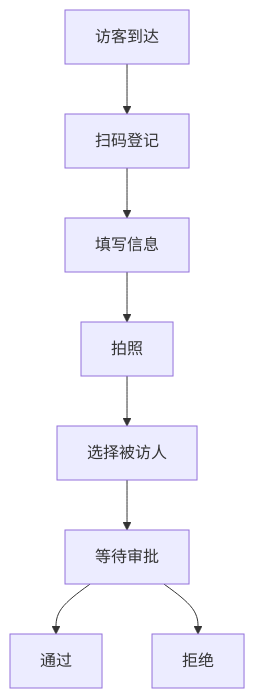
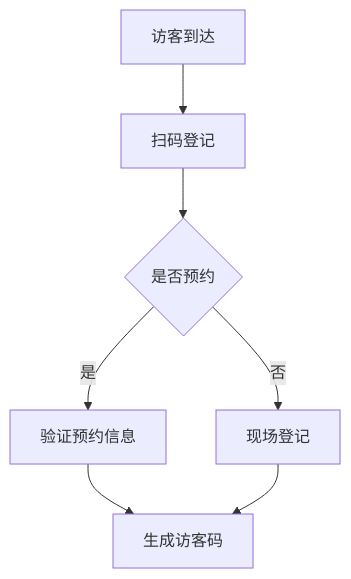
One commit to yuhaibao39/n8ndeploy changed the first of 2 diagrams in devel/requirement.md. Above: the diagram before and after it, drawn with Mermaid. The commit also changed other lines of this file, not shown here.

````diff
--- a/devel/requirement.md
+++ b/devel/requirement.md
@@ -23,10 +23,9 @@
 ```mermaid
 graph TD
     A[访客到达] --> B[扫码登记]
-    B --> C[填写信息]
-    C --> D[拍照]
-    D --> E[选择被访人]
-    E --> F[等待审批]
-    F --> G[通过]
-    F --> H[拒绝]
+    B --> C{是否预约}
+    C -->|是| D[验证预约信息]
+    C -->|否| E[现场登记]
+    D --> F[生成访客码]
+    E --> F
 ```
````
